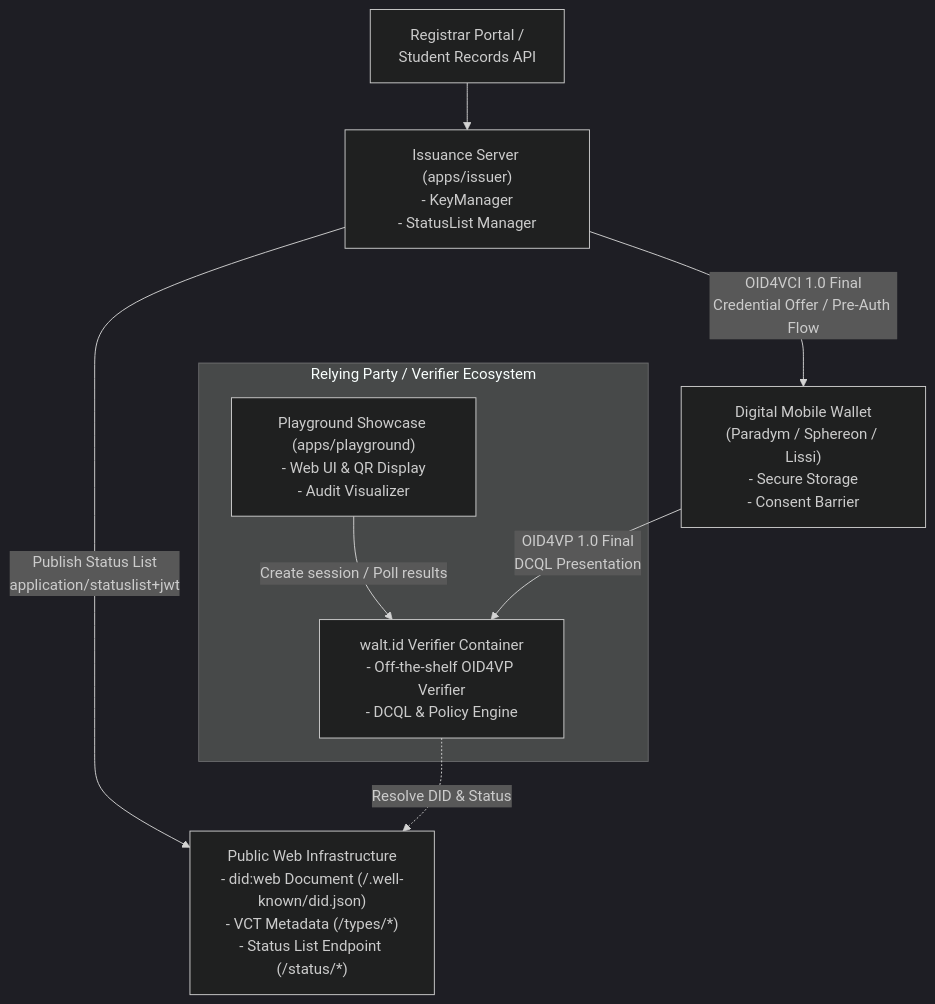
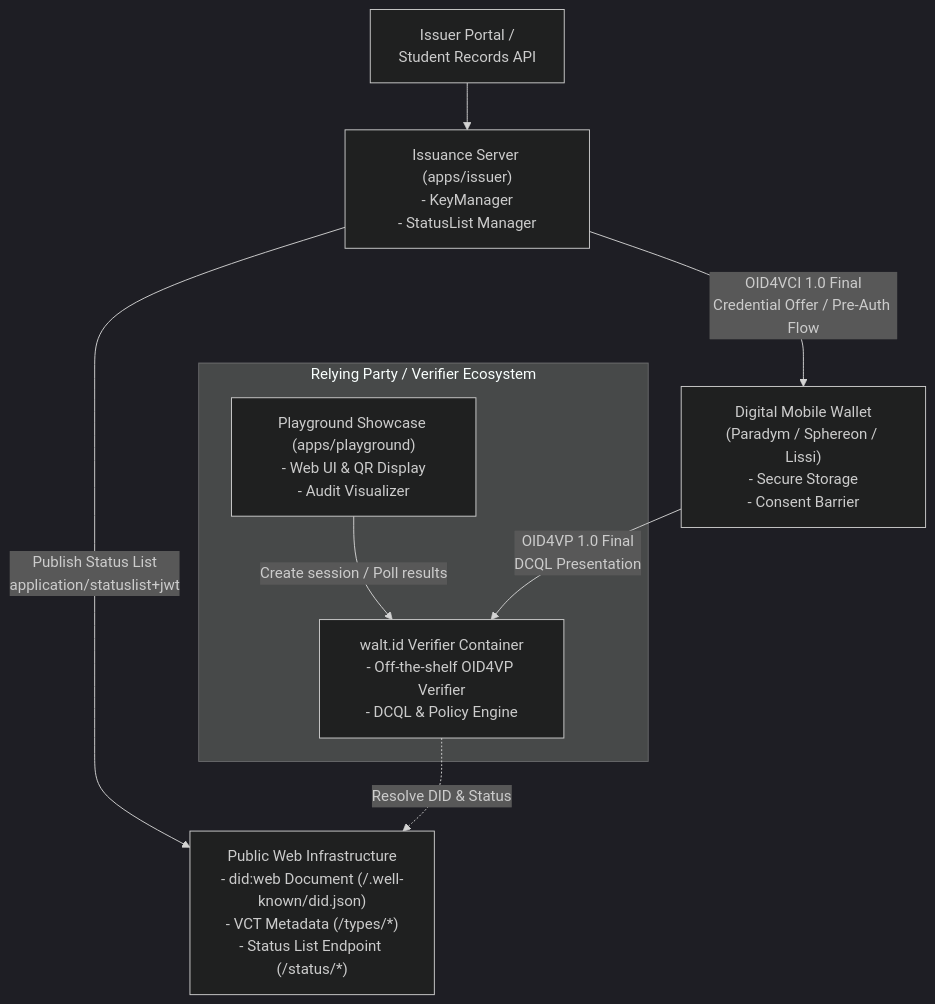
The first of 4 diagrams in docs/architecture/03-system-architecture.md (huypengin/UniDipVeri), drawn with Mermaid (dark theme) before and after one commit. The commit also changed other lines of this file and 23 other files, not shown here.

First line of the commit message:
refactor(issuer): standardize terminology from registrar to issuer

````diff
--- a/docs/architecture/03-system-architecture.md
+++ b/docs/architecture/03-system-architecture.md
@@ -10,19 +10,19 @@
 ```mermaid
 flowchart TD
-    Registrar["Registrar Portal /<br/>Student Records API"]
+    IssuerAdmin["Issuer Portal /<br/>Student Records API"]
     Issuer["Issuance Server (apps/issuer)<br/>- KeyManager<br/>- StatusList Manager"]
     Wallet["Digital Mobile Wallet<br/>(Paradym / Sphereon / Lissi)<br/>- Secure Storage<br/>- Consent Barrier"]
     WebInfra["Public Web Infrastructure<br/>- did:web Document (/.well-known/did.json)<br/>- VCT Metadata (/types/*)<br/>- Status List Endpoint (/status/*)"]
     
     subgraph VerifierEcosystem ["Relying Party / Verifier Ecosystem"]
         Playground["Playground Showcase (apps/playground)<br/>- Web UI & QR Display<br/>- Audit Visualizer"]
         WaltID["walt.id Verifier Container<br/>- Off-the-shelf OID4VP Verifier<br/>- DCQL & Policy Engine"]
         Playground -->|Create session / Poll results| WaltID
     end
 
-    Registrar --> Issuer
+    IssuerAdmin --> Issuer
     Issuer -->|OID4VCI 1.0 Final<br/>Credential Offer / Pre-Auth Flow| Wallet
     Issuer -->|Publish Status List<br/>application/statuslist+jwt| WebInfra
     Wallet -->|OID4VP 1.0 Final<br/>DCQL Presentation| WaltID
     WaltID -.->|Resolve DID & Status| WebInfra
 ```
````
